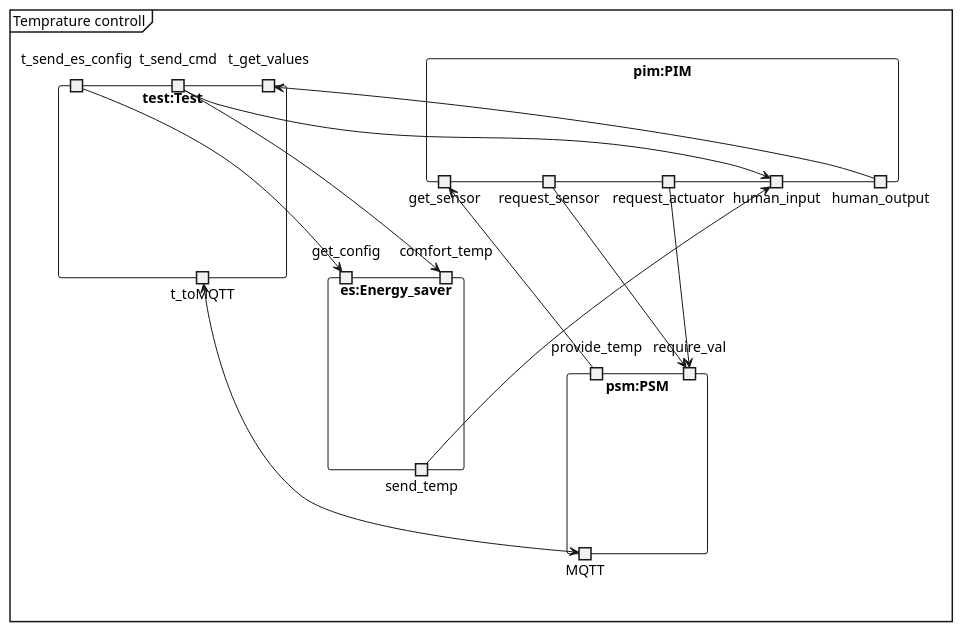
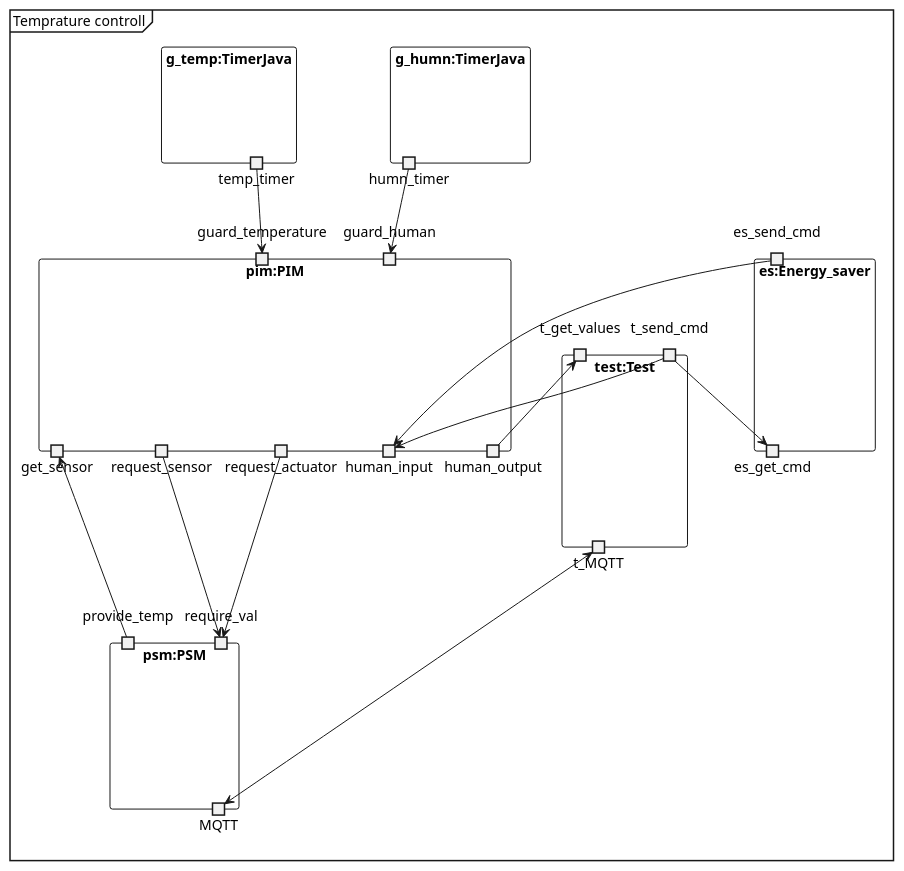
Before and after one commit to Tobhal/HIOF-Models-and-Digital-Twins: the diagram in Oblig1/architecture test.plantuml, drawn with PlantUML. The commit also changed 5 other files, not shown here.

```diff
--- a/Oblig1/architecture test.plantuml
+++ b/Oblig1/architecture test.plantuml
@@ -1,63 +1,78 @@
 @startuml Temprature controll
 mainframe Temprature controll
 
 'PIM
 rectangle pim:PIM {
     'left
     portout get_sensor
     portout request_sensor
     portout request_actuator
     
     'right
     portout human_output
     portout human_input
+
+    'guard
+    portin guard_temperature
+    portin guard_human
 }
 
 'PSM
 rectangle psm:PSM {
     'left
     portin provide_temp
     portin require_val
 
     'right
     portout MQTT
 }
 
 'Energy saver
 rectangle es:Energy_saver {
-    portin comfort_temp
-    portin get_config
+    portin es_send_cmd
     
-    portout send_temp
+    portout es_get_cmd
 }
 
 'Test thing
 rectangle test:Test {
-    portin t_send_es_config
     portin t_get_values
     portin t_send_cmd
 
-    portout t_toMQTT
+    portout t_MQTT
+}
+
+rectangle g_temp:TimerJava {
+    portout temp_timer
+}
+
+rectangle g_humn:TimerJava {
+    portout humn_timer
 }
 
 'Human
 t_send_cmd --> human_input
 
-t_send_cmd ---> comfort_temp
-t_send_es_config ---> get_config
+t_send_cmd ---> es_get_cmd
 
 'PIM
 human_output ---> t_get_values
 request_sensor ---> require_val
 request_actuator ---> require_val
 
 'PSM
 provide_temp --> get_sensor
 
 'MQTT
-t_toMQTT <--> MQTT
+t_MQTT <--> MQTT
 
 'Energy saver
-send_temp ---> human_input
+es_send_cmd ---> human_input
+
+'Guard temp
+temp_timer --> guard_temperature
+
+'Guard human
+humn_timer --> guard_human
 
 @enduml
```
